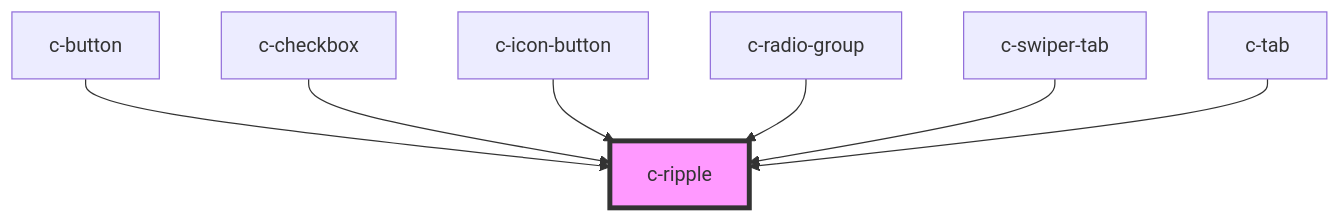
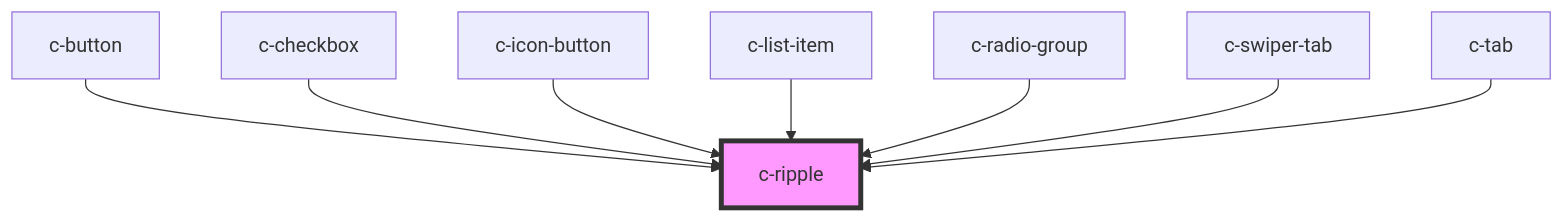
One commit to CSCfi/ui changed the diagram in packages/csc-ui/src/components/c-ripple/readme.md. Above: the diagram before and after it, drawn with Mermaid. The commit also changed other lines of this file and 127 other files, not shown here.

````diff
--- a/packages/csc-ui/src/components/c-ripple/readme.md
+++ b/packages/csc-ui/src/components/c-ripple/readme.md
@@ -33,10 +34,11 @@
 ```mermaid
 graph TD;
   c-button --> c-ripple
   c-checkbox --> c-ripple
   c-icon-button --> c-ripple
+  c-list-item --> c-ripple
   c-radio-group --> c-ripple
   c-swiper-tab --> c-ripple
   c-tab --> c-ripple
   style c-ripple fill:#f9f,stroke:#333,stroke-width:4px
 ```
````
